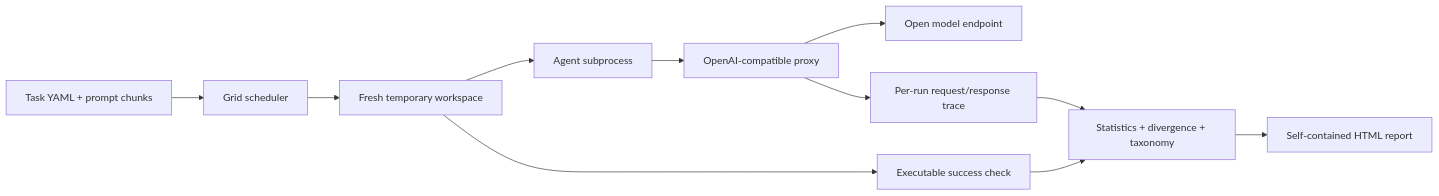
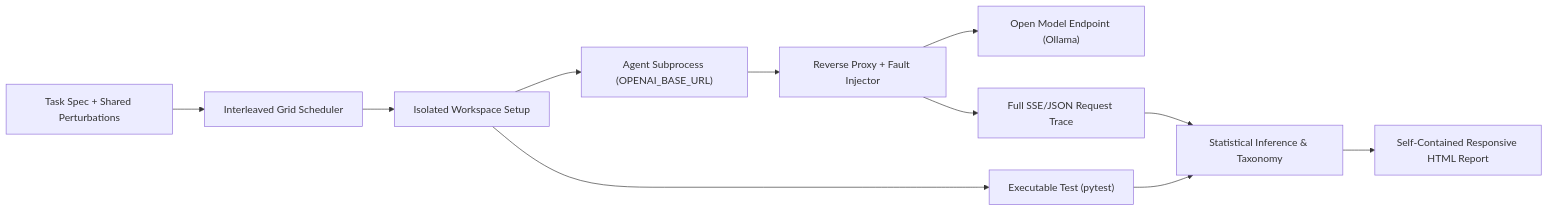
The diagram in README.md (P1Manav/Shakedown), drawn with Mermaid before and after one commit. The commit also changed other lines of this file and 10 other files, not shown here.

Commit message:
Ship Shakedown v0.2.0: CI check gate, sample benchmark report, and release documentation

````diff
--- a/README.md
+++ b/README.md
@@ -75,13 +110,13 @@
 ```mermaid
 flowchart LR
-  Spec["Task YAML + prompt chunks"] --> Grid["Grid scheduler"]
-  Grid --> Runner["Fresh temporary workspace"]
-  Runner --> Agent["Agent subprocess"]
-  Agent --> Proxy["OpenAI-compatible proxy"]
-  Proxy --> Model["Open model endpoint"]
-  Proxy --> Trace["Per-run request/response trace"]
-  Runner --> Check["Executable success check"]
-  Trace --> Stats["Statistics + divergence + taxonomy"]
-  Check --> Stats
-  Stats --> Report["Self-contained HTML report"]
+  Spec["Task Spec + Shared Perturbations"] --> Scheduler["Interleaved Grid Scheduler"]
+  Scheduler --> Workspace["Isolated Workspace Setup"]
+  Workspace --> Agent["Agent Subprocess (OPENAI_BASE_URL)"]
+  Agent --> Proxy["Reverse Proxy + Fault Injector"]
+  Proxy --> LLM["Open Model Endpoint (Ollama)"]
+  Proxy --> Trace["Full SSE/JSON Request Trace"]
+  Workspace --> ExecCheck["Executable Test (pytest)"]
+  ExecCheck --> Analysis["Statistical Inference & Taxonomy"]
+  Trace --> Analysis
+  Analysis --> Report["Self-Contained Responsive HTML Report"]
 ```
````
